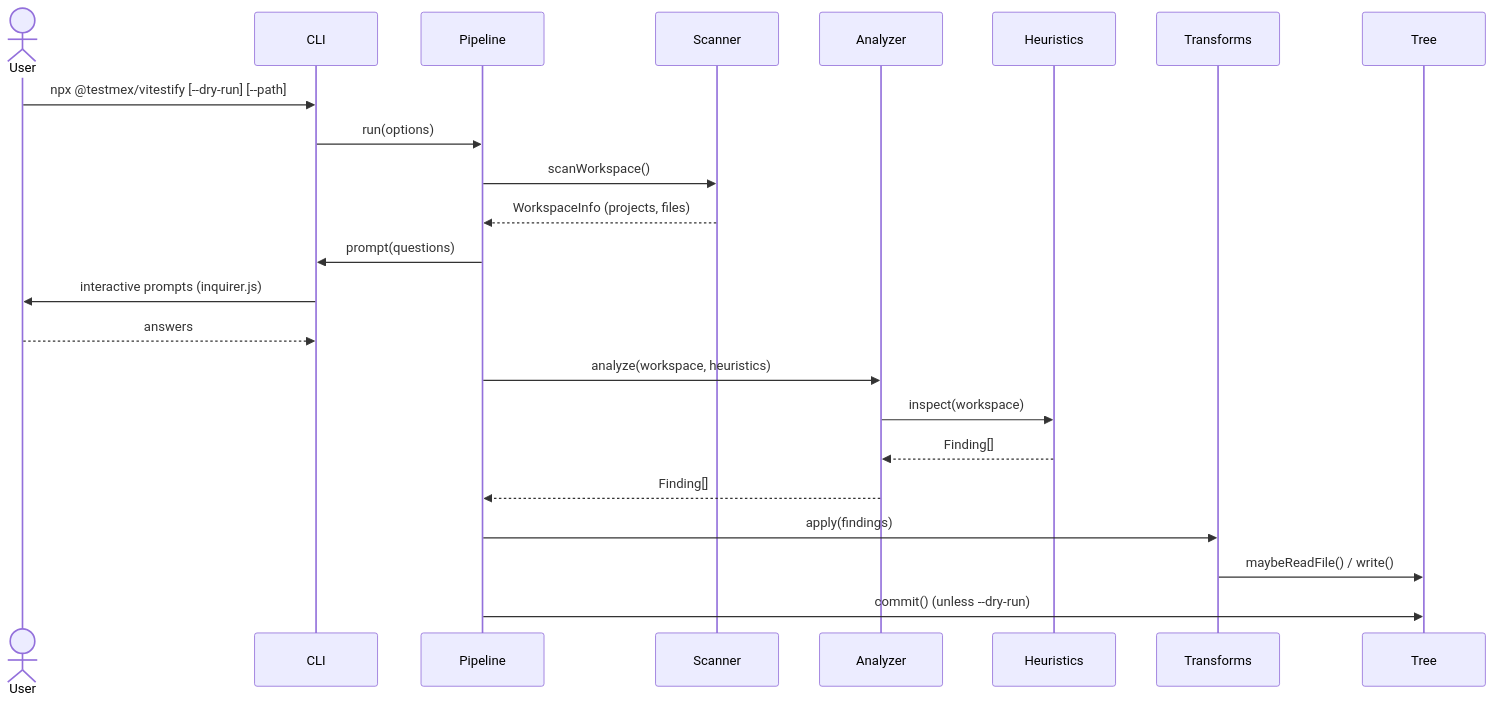
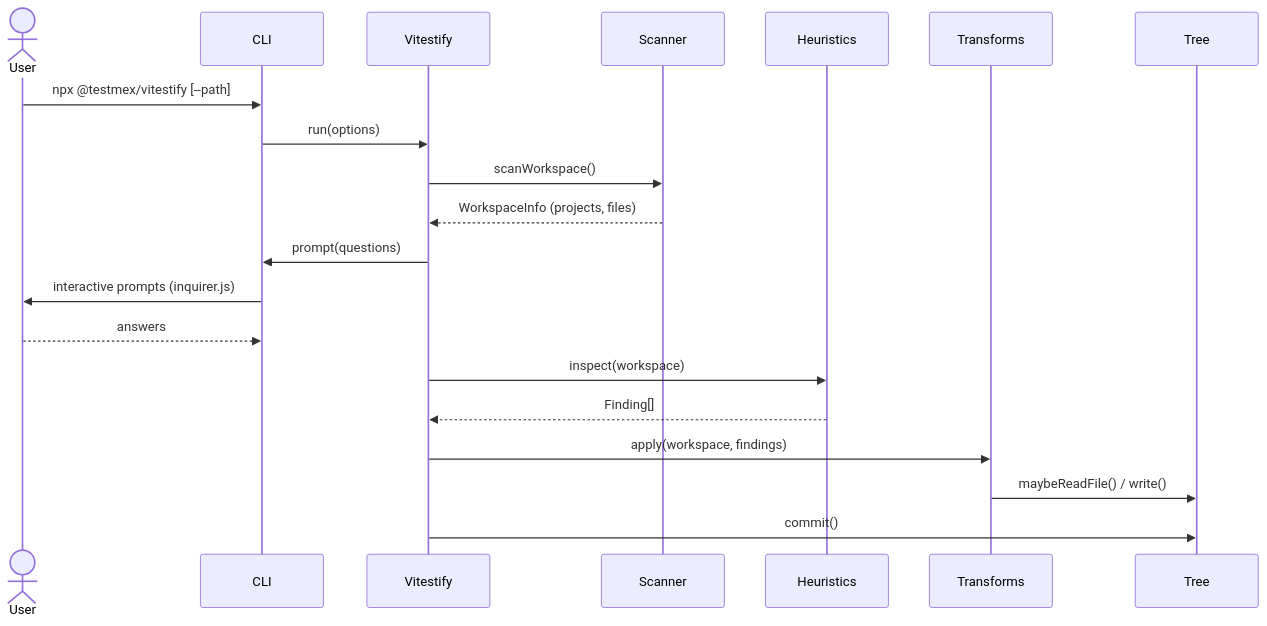
One commit to testmex/testmex changed the second of 3 diagrams in design-docs/001-vitestify.md. Above: the diagram before and after it, drawn with Mermaid. The commit also changed other lines of this file, not shown here.

First line of the commit message:
docs: 📝 rename Pipeline to Vitestify and simplify architecture

````diff
--- a/design-docs/001-vitestify.md
+++ b/design-docs/001-vitestify.md
@@ -72,26 +70,23 @@
 ```mermaid
 sequenceDiagram
     actor User
     participant CLI
-    participant Pipeline
+    participant Vitestify
     participant Scanner
-    participant Analyzer
     participant Heuristics
     participant Transforms
     participant Tree
 
-    User->>CLI: npx @testmex/vitestify [--dry-run] [--path]
-    CLI->>Pipeline: run(options)
-    Pipeline->>Scanner: scanWorkspace()
-    Scanner-->>Pipeline: WorkspaceInfo (projects, files)
-    Pipeline->>CLI: prompt(questions)
+    User->>CLI: npx @testmex/vitestify [--path]
+    CLI->>Vitestify: run(options)
+    Vitestify->>Scanner: scanWorkspace()
+    Scanner-->>Vitestify: WorkspaceInfo (projects, files)
+    Vitestify->>CLI: prompt(questions)
     CLI->>User: interactive prompts (inquirer.js)
     User-->>CLI: answers
-    Pipeline->>Analyzer: analyze(workspace, heuristics)
-    Analyzer->>Heuristics: inspect(workspace)
-    Heuristics-->>Analyzer: Finding[]
-    Analyzer-->>Pipeline: Finding[]
-    Pipeline->>Transforms: apply(findings)
+    Vitestify->>Heuristics: inspect(workspace)
+    Heuristics-->>Vitestify: Finding[]
+    Vitestify->>Transforms: apply(workspace, findings)
     Transforms->>Tree: maybeReadFile() / write()
-    Pipeline->>Tree: commit() (unless --dry-run)
+    Vitestify->>Tree: commit()
 ```
````
